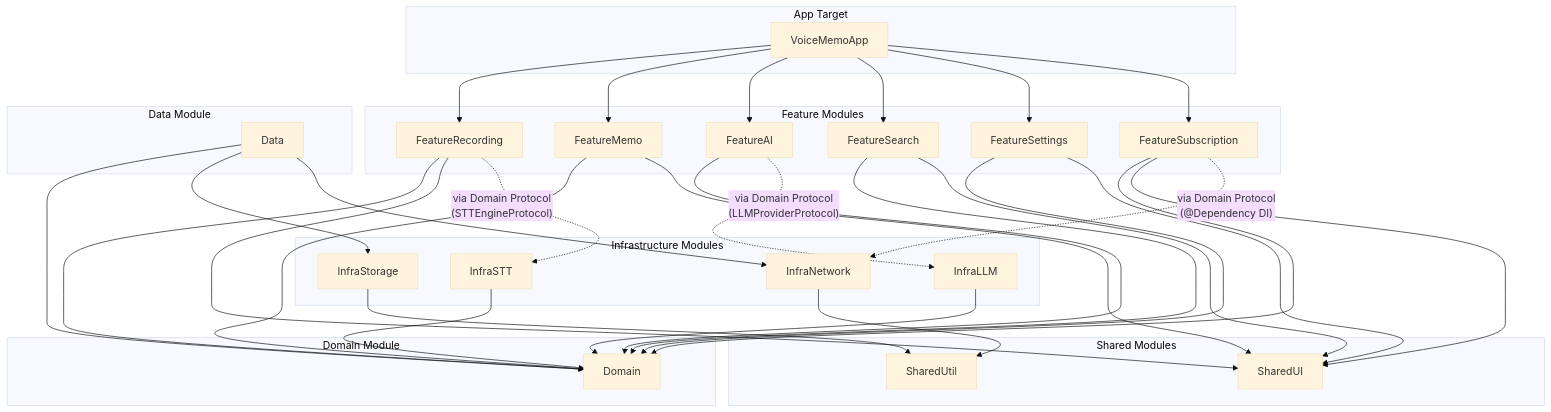
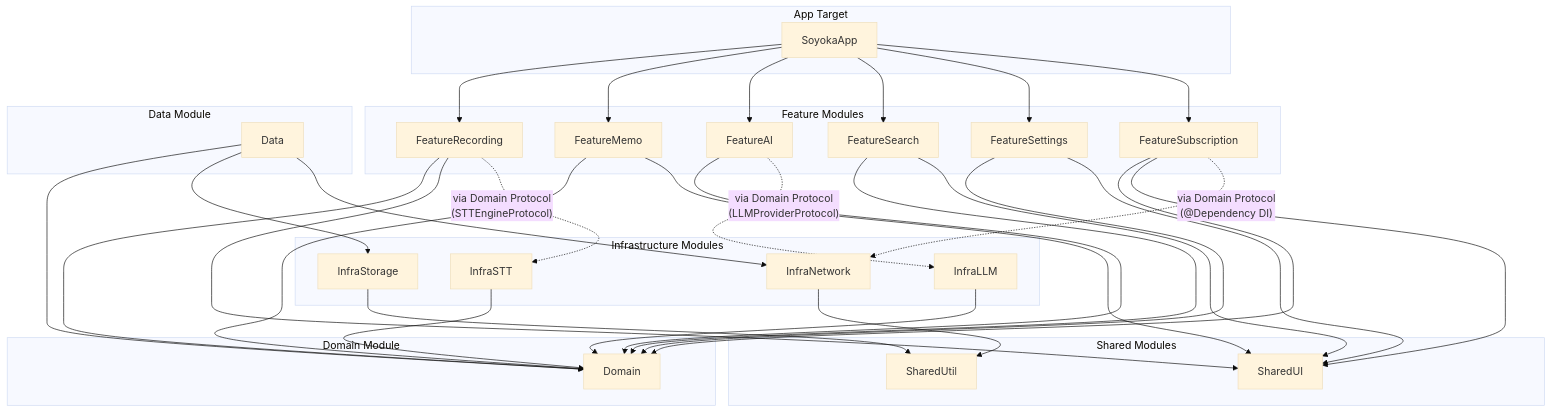
One commit to yoskmr/VoiceMemo changed the fourth of 9 diagrams in docs/spec/ai-voice-memo/design/01-system-architecture.md. Above: the diagram before and after it, drawn with Mermaid (base theme). The commit also changed other lines of this file and 219 other files, not shown here.

````diff
--- a/docs/spec/ai-voice-memo/design/01-system-architecture.md
+++ b/docs/spec/ai-voice-memo/design/01-system-architecture.md
@@ -304,67 +304,67 @@
 ```mermaid
 graph TB
     subgraph "App Target"
-        APP["VoiceMemoApp"]
+        APP["SoyokaApp"]
     end
 
     subgraph "Feature Modules"
         F_REC["FeatureRecording"]
         F_MEMO["FeatureMemo"]
         F_AI["FeatureAI"]
         F_SEARCH["FeatureSearch"]
         F_SETTINGS["FeatureSettings"]
         F_SUB["FeatureSubscription"]
     end
 
     subgraph "Domain Module"
         DOMAIN["Domain"]
     end
 
     subgraph "Data Module"
         DATA["Data"]
     end
 
     subgraph "Infrastructure Modules"
         I_STT["InfraSTT"]
         I_LLM["InfraLLM"]
         I_STORAGE["InfraStorage"]
         I_NETWORK["InfraNetwork"]
     end
 
     subgraph "Shared Modules"
         SHARED_UI["SharedUI"]
         SHARED_UTIL["SharedUtil"]
     end
 
     APP --> F_REC
     APP --> F_MEMO
     APP --> F_AI
     APP --> F_SEARCH
     APP --> F_SETTINGS
     APP --> F_SUB
 
     F_REC --> DOMAIN
     F_REC --> SHARED_UI
     F_MEMO --> DOMAIN
     F_MEMO --> SHARED_UI
     F_AI --> DOMAIN
     F_SEARCH --> DOMAIN
     F_SEARCH --> SHARED_UI
     F_SETTINGS --> DOMAIN
     F_SETTINGS --> SHARED_UI
     F_SUB --> DOMAIN
     F_SUB --> SHARED_UI
 
     DATA --> DOMAIN
     DATA --> I_STORAGE
     DATA --> I_NETWORK
 
     I_STT --> DOMAIN
     I_LLM --> DOMAIN
     I_STORAGE --> SHARED_UTIL
     I_NETWORK --> SHARED_UTIL
 
     F_REC -.->|"via Domain Protocol<br/>(STTEngineProtocol)"| I_STT
     F_AI -.->|"via Domain Protocol<br/>(LLMProviderProtocol)"| I_LLM
     F_SUB -.->|"via Domain Protocol<br/>(@Dependency DI)"| I_NETWORK
 ```
````
